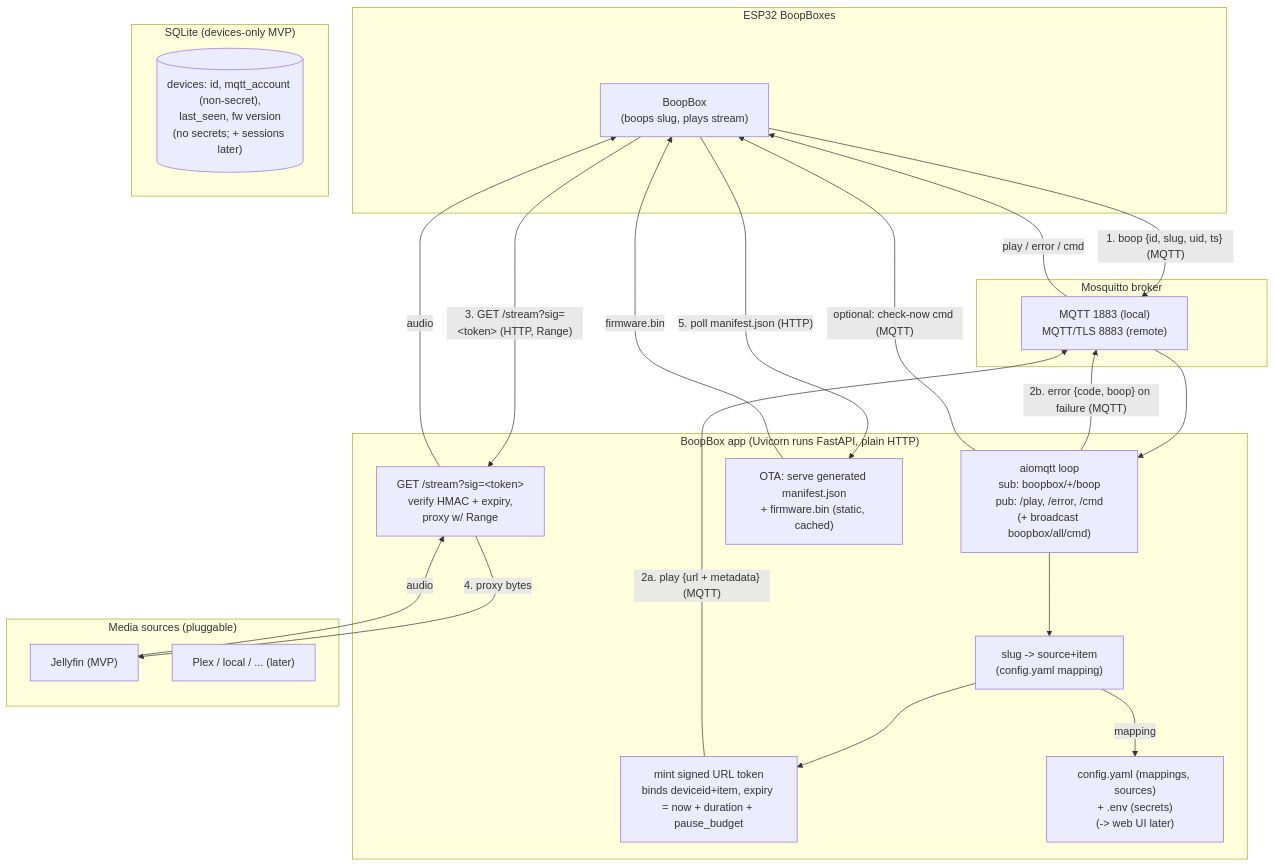
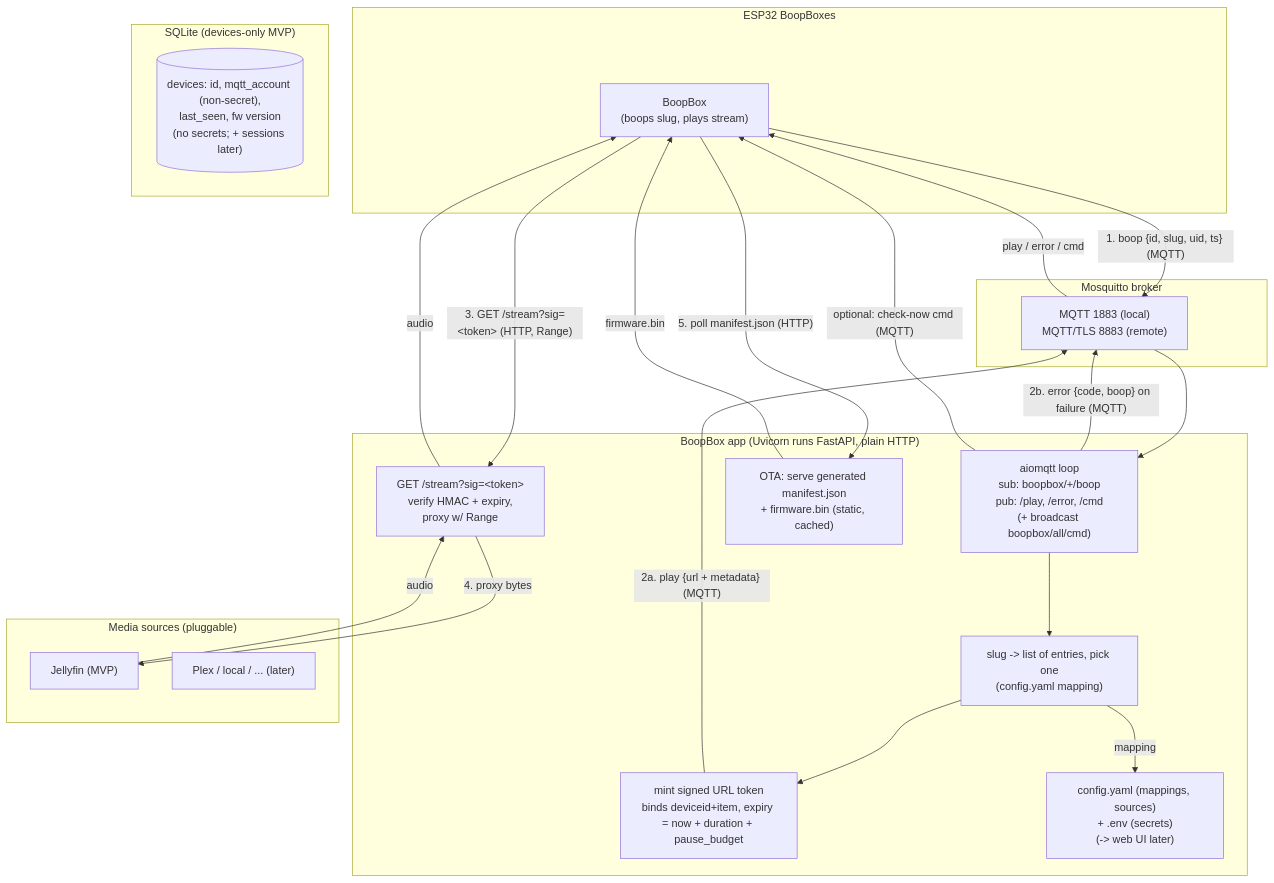
Before and after one commit to 20BBrown14/BoopBox: the diagram in notes/server_design.md, drawn with Mermaid. The commit also changed other lines of this file and 21 other files, not shown here.

````diff
--- a/notes/server_design.md
+++ b/notes/server_design.md
@@ -709,44 +714,44 @@
 ```mermaid
 flowchart TB
     subgraph boxes["ESP32 BoopBoxes"]
         box["BoopBox<br/>(boops slug, plays stream)"]
     end
 
     subgraph broker["Mosquitto broker"]
         mqtt["MQTT 1883 (local)<br/>MQTT/TLS 8883 (remote)"]
     end
 
     subgraph app["BoopBox app (Uvicorn runs FastAPI, plain HTTP)"]
         loop["aiomqtt loop<br/>sub: boopbox/+/boop<br/>pub: /play, /error, /cmd<br/>(+ broadcast boopbox/all/cmd)"]
-        resolve["slug -> source+item<br/>(config.yaml mapping)"]
+        resolve["slug -> list of entries, pick one<br/>(config.yaml mapping)"]
         token["mint signed URL token<br/>binds deviceid+item, expiry = now + duration + pause_budget"]
         stream["GET /stream?sig=&lt;token&gt;<br/>verify HMAC + expiry,<br/>proxy w/ Range"]
         ota["OTA: serve generated manifest.json<br/>+ firmware.bin (static, cached)"]
         cfg["config.yaml (mappings, sources)<br/>+ .env (secrets)<br/>(-> web UI later)"]
     end
 
     subgraph data["SQLite (devices-only MVP)"]
         db[("devices: id, mqtt_account (non-secret),<br/>last_seen, fw version<br/>(no secrets; + sessions later)")]
     end
 
     subgraph sources["Media sources (pluggable)"]
         jf["Jellyfin (MVP)"]
         future["Plex / local / ... (later)"]
     end
 
     box -- "1. boop {id, slug, uid, ts} (MQTT)" --> mqtt
     mqtt --> loop
     loop --> resolve
     resolve -- "mapping" --> cfg
     resolve --> token
     token -- "2a. play {url + metadata} (MQTT)" --> mqtt
     loop -- "2b. error {code, boop} on failure (MQTT)" --> mqtt
     mqtt -- "play / error / cmd" --> box
     box -- "3. GET /stream?sig=&lt;token&gt; (HTTP, Range)" --> stream
     stream -- "4. proxy bytes" --> jf
     jf -- audio --> stream
     stream -- audio --> box
     box -- "5. poll manifest.json (HTTP)" --> ota
     ota -- "firmware.bin" --> box
     loop -- "optional: check-now cmd (MQTT)" --> box
 ```
````
